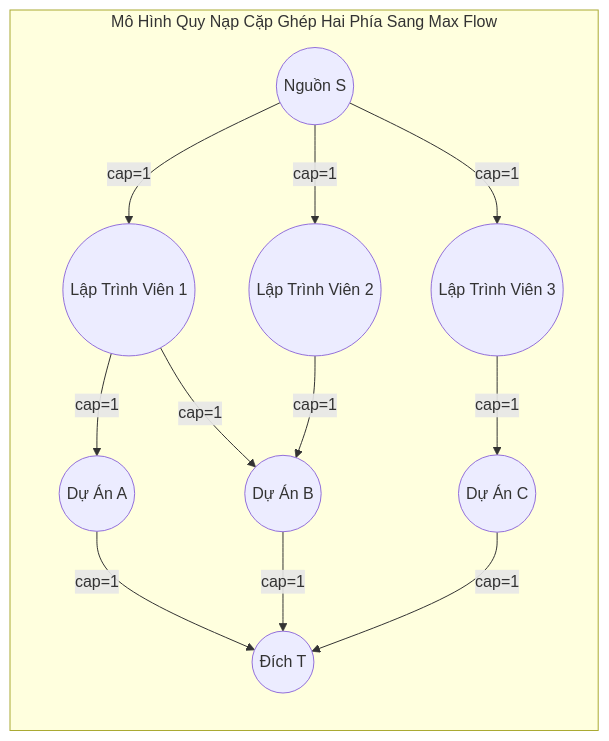
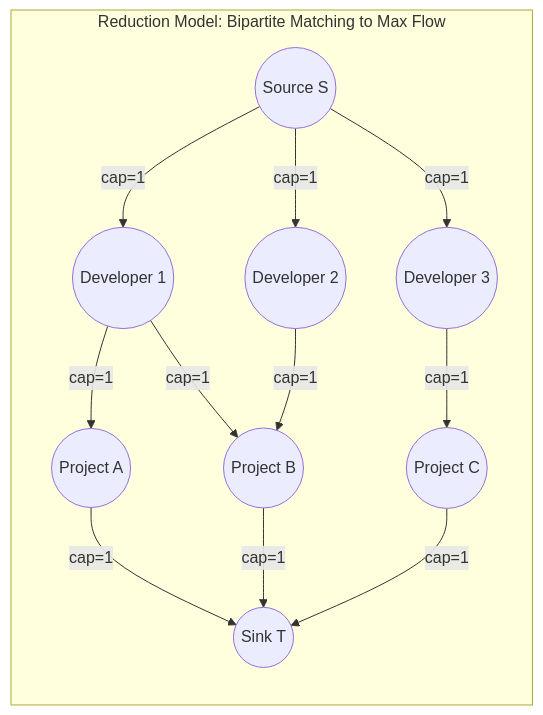
The diagram in src/data/blog/en/43-2026-06-11-maximum-flow-algorithms-comparison-ford-fulkerson-dinic.md (ga2631/ga2631.github.io), drawn with Mermaid before and after one commit. The commit also changed other lines of this file and 74 other files, not shown here.

````diff
--- a/src/data/blog/en/43-2026-06-11-maximum-flow-algorithms-comparison-ford-fulkerson-dinic.md
+++ b/src/data/blog/en/43-2026-06-11-maximum-flow-algorithms-comparison-ford-fulkerson-dinic.md
@@ -84,17 +84,17 @@
 ```mermaid
 graph LR
-    subgraph BipartiteReduction [Mô Hình Quy Nạp Cặp Ghép Hai Phía Sang Max Flow]
-        Source((Nguồn S)) -->|cap=1| U1((Lập Trình Viên 1))
-        Source -->|cap=1| U2((Lập Trình Viên 2))
-        Source -->|cap=1| U3((Lập Trình Viên 3))
+    subgraph BipartiteReduction [Reduction Model: Bipartite Matching to Max Flow]
+        Source((Source S)) -->|cap=1| U1((Developer 1))
+        Source -->|cap=1| U2((Developer 2))
+        Source -->|cap=1| U3((Developer 3))
 
-        U1 -->|cap=1| V1((Dự Án A))
-        U1 -->|cap=1| V2((Dự Án B))
+        U1 -->|cap=1| V1((Project A))
+        U1 -->|cap=1| V2((Project B))
         U2 -->|cap=1| V2
-        U3 -->|cap=1| V3((Dự Án C))
+        U3 -->|cap=1| V3((Project C))
 
-        V1 -->|cap=1| Sink((Đích T))
+        V1 -->|cap=1| Sink((Sink T))
         V2 -->|cap=1| Sink
         V3 -->|cap=1| Sink
     end
 ```
````
